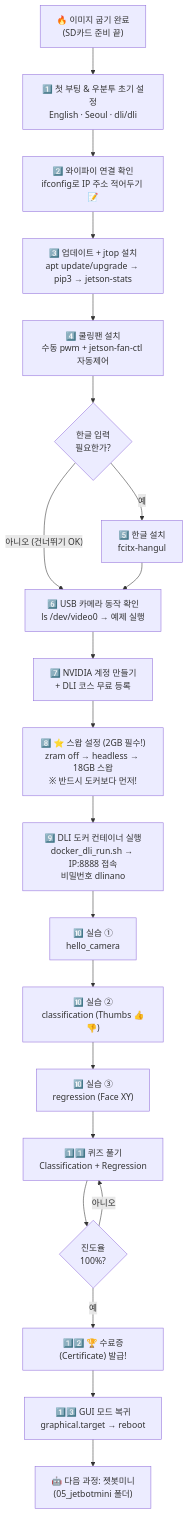
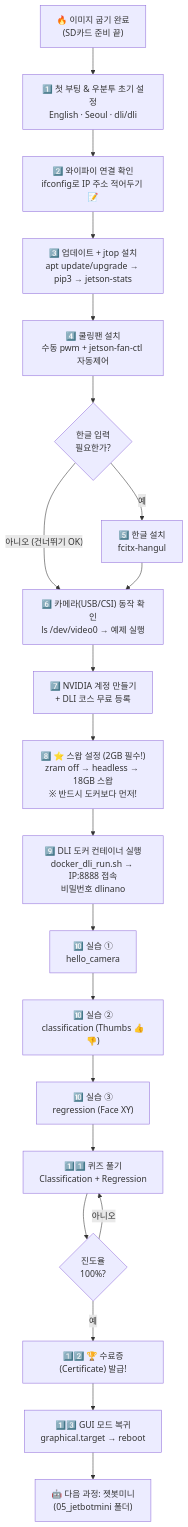
The diagram in 01_jetson_dli_course/0_DLI_수료과정_가이드.md (ralralra/jetson_DLI), drawn with Mermaid before and after one commit. The commit also changed other lines of this file and 2 other files, not shown here.

First line of the commit message:
카메라 안내에 CSI 카메라(라즈베리파이 카메라) 내용 추가

````diff
--- a/01_jetson_dli_course/0_DLI_수료과정_가이드.md
+++ b/01_jetson_dli_course/0_DLI_수료과정_가이드.md
@@ -38,23 +38,23 @@
 ```mermaid
 flowchart TD
     A["🔥 이미지 굽기 완료<br/>(SD카드 준비 끝)"] --> B["1️⃣ 첫 부팅 & 우분투 초기 설정<br/>English · Seoul · dli/dli"]
     B --> C["2️⃣ 와이파이 연결 확인<br/>ifconfig로 IP 주소 적어두기 📝"]
     C --> D["3️⃣ 업데이트 + jtop 설치<br/>apt update/upgrade → pip3 → jetson-stats"]
     D --> E["4️⃣ 쿨링팬 설치<br/>수동 pwm + jetson-fan-ctl 자동제어"]
     E --> F{"한글 입력<br/>필요한가?"}
     F -- 예 --> G["5️⃣ 한글 설치<br/>fcitx-hangul"]
     F -- "아니오 (건너뛰기 OK)" --> H
-    G --> H["6️⃣ USB 카메라 동작 확인<br/>ls /dev/video0 → 예제 실행"]
+    G --> H["6️⃣ 카메라(USB/CSI) 동작 확인<br/>ls /dev/video0 → 예제 실행"]
     H --> I["7️⃣ NVIDIA 계정 만들기<br/>+ DLI 코스 무료 등록"]
     I --> J["8️⃣ ⭐ 스왑 설정 (2GB 필수!)<br/>zram off → headless → 18GB 스왑<br/>※ 반드시 도커보다 먼저!"]
     J --> K["9️⃣ DLI 도커 컨테이너 실행<br/>docker_dli_run.sh → IP:8888 접속<br/>비밀번호 dlinano"]
     K --> L["🔟 실습 ①<br/>hello_camera"]
     L --> M["🔟 실습 ②<br/>classification (Thumbs 👍👎)"]
     M --> N["🔟 실습 ③<br/>regression (Face XY)"]
     N --> O["1️⃣1️⃣ 퀴즈 풀기<br/>Classification + Regression"]
     O --> P{"진도율<br/>100%?"}
     P -- "아니오" --> O
     P -- 예 --> Q["1️⃣2️⃣ 🏆 수료증(Certificate) 발급!"]
     Q --> R["1️⃣3️⃣ GUI 모드 복귀<br/>graphical.target → reboot"]
     R --> S["🤖 다음 과정: 젯봇미니<br/>(05_jetbotmini 폴더)"]
 ```
````
